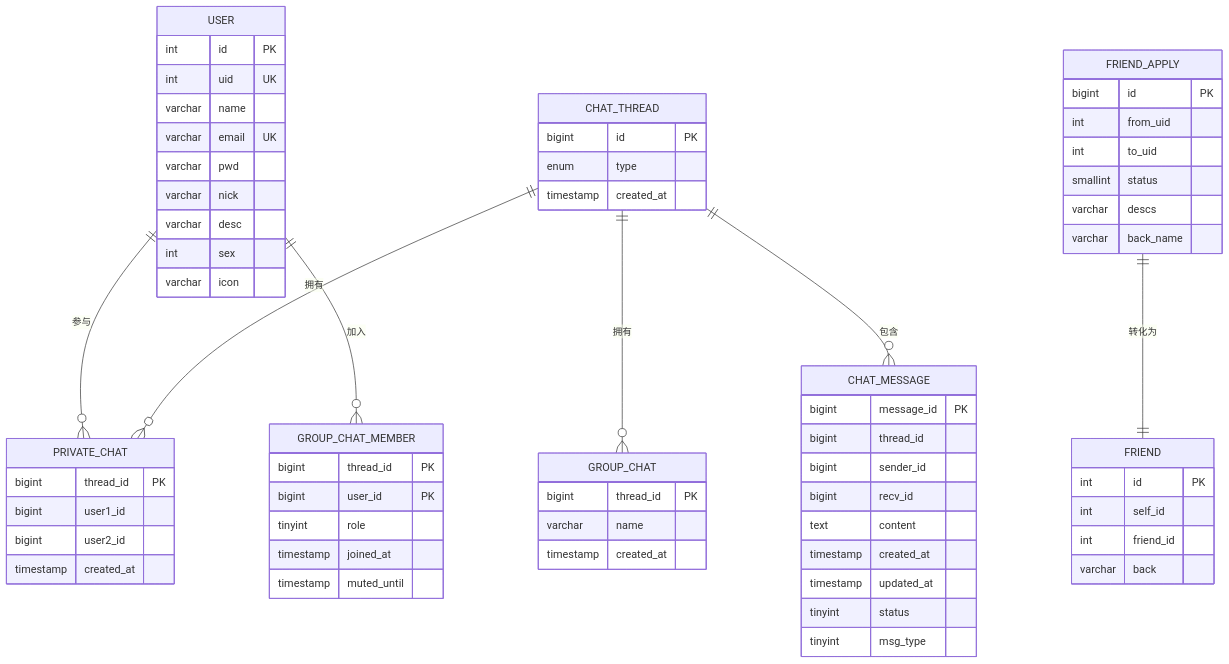
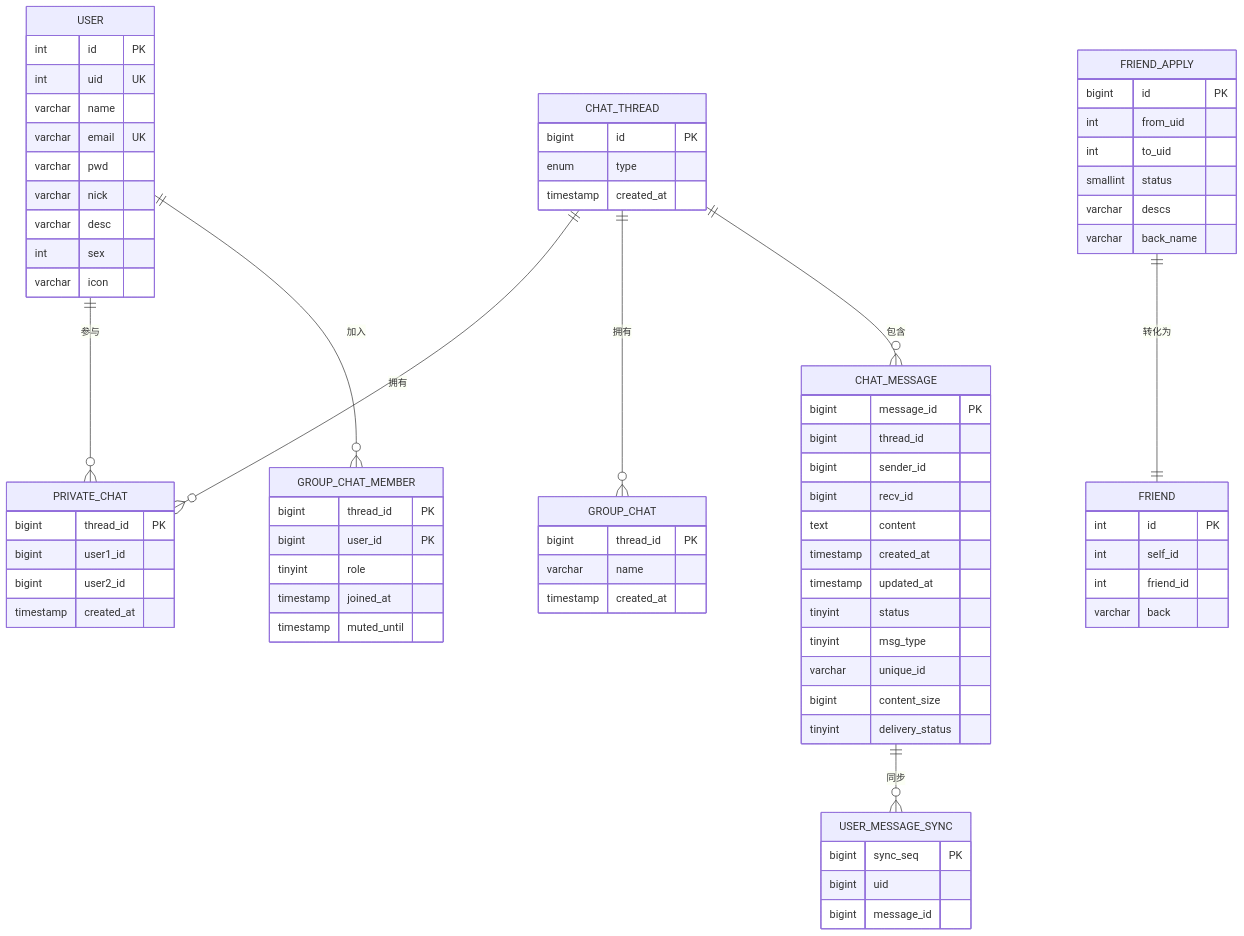
The sixth of 6 diagrams in .qoder/repowiki/zh/content/缓存和存储/MySQL数据存储.md (echo9923/mychatter), drawn with Mermaid before and after one commit. The commit also changed other lines of this file and 132 other files, not shown here.

````diff
--- a/.qoder/repowiki/zh/content/缓存和存储/MySQL数据存储.md
+++ b/.qoder/repowiki/zh/content/缓存和存储/MySQL数据存储.md
@@ -437,68 +512,77 @@
 ```mermaid
 erDiagram
 USER {
 int id PK
 int uid UK
 varchar name
 varchar email UK
 varchar pwd
 varchar nick
 varchar desc
 int sex
 varchar icon
 }
 CHAT_THREAD {
 bigint id PK
 enum type
 timestamp created_at
 }
 PRIVATE_CHAT {
 bigint thread_id PK
 bigint user1_id
 bigint user2_id
 timestamp created_at
 }
 GROUP_CHAT {
 bigint thread_id PK
 varchar name
 timestamp created_at
 }
 GROUP_CHAT_MEMBER {
 bigint thread_id PK
 bigint user_id PK
 tinyint role
 timestamp joined_at
 timestamp muted_until
 }
 FRIEND {
 int id PK
 int self_id
 int friend_id
 varchar back
 }
 FRIEND_APPLY {
 bigint id PK
 int from_uid
 int to_uid
 smallint status
 varchar descs
 varchar back_name
 }
 CHAT_MESSAGE {
 bigint message_id PK
 bigint thread_id
 bigint sender_id
 bigint recv_id
 text content
 timestamp created_at
 timestamp updated_at
 tinyint status
 tinyint msg_type
+varchar unique_id
+bigint content_size
+tinyint delivery_status
+}
+USER_MESSAGE_SYNC {
+bigint sync_seq PK
+bigint uid
+bigint message_id
 }
 USER ||--o{ PRIVATE_CHAT : "参与"
 USER ||--o{ GROUP_CHAT_MEMBER : "加入"
 CHAT_THREAD ||--o{ PRIVATE_CHAT : "拥有"
 CHAT_THREAD ||--o{ GROUP_CHAT : "拥有"
 CHAT_THREAD ||--o{ CHAT_MESSAGE : "包含"
 FRIEND_APPLY ||--|| FRIEND : "转化为"
+CHAT_MESSAGE ||--o{ USER_MESSAGE_SYNC : "同步"
 ```
````
